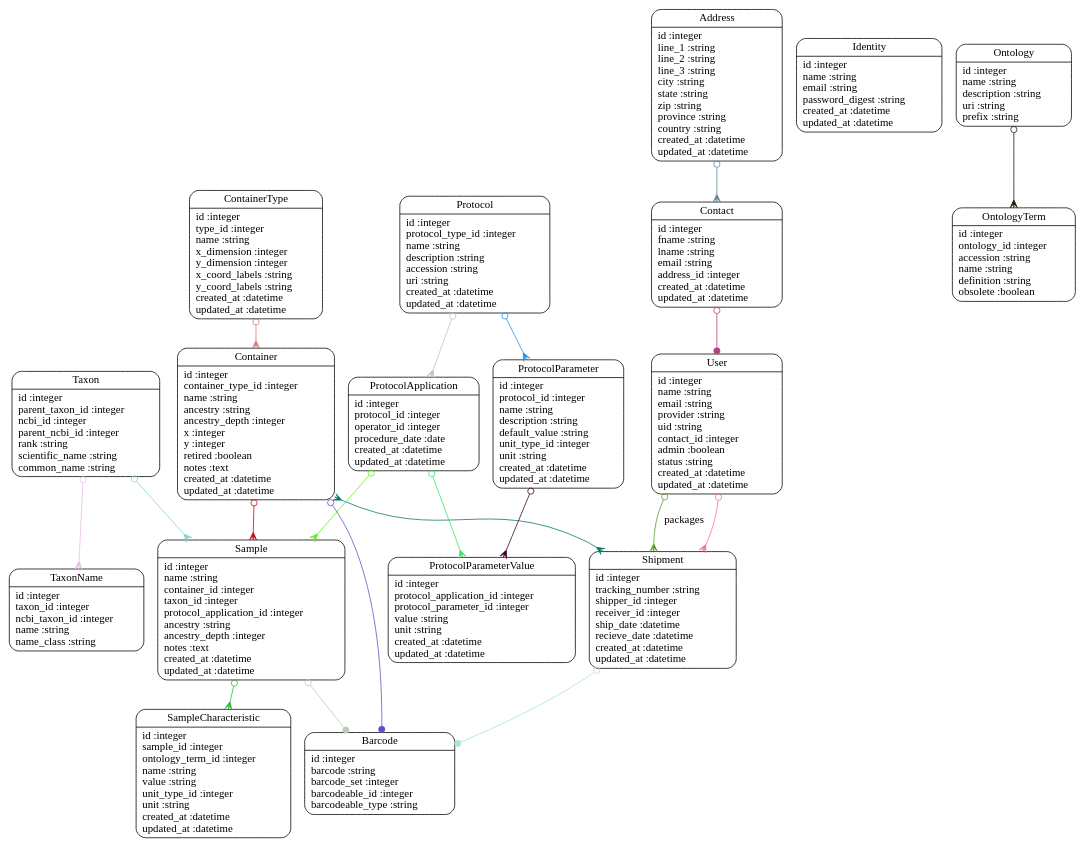
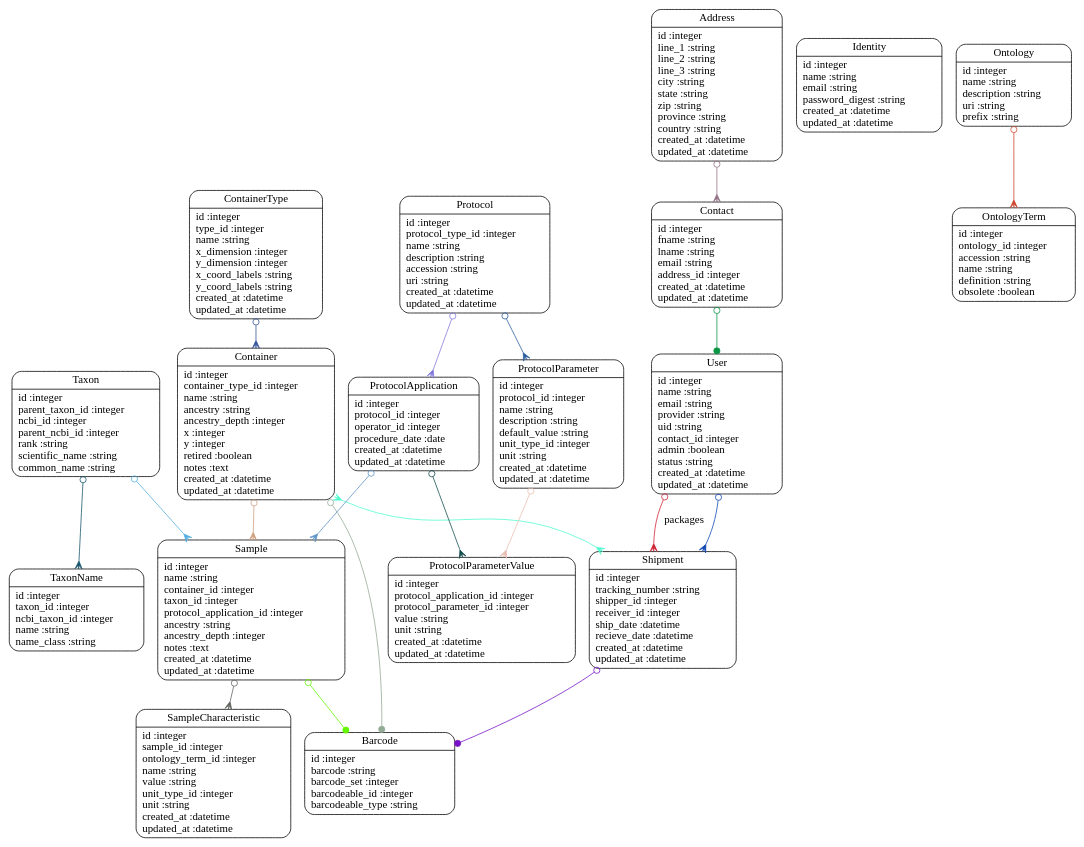
The diagram in models.dot (dimitras/collos), drawn with Graphviz before and after one commit. The commit also changed 4 other files, not shown here.

```diff
--- a/models.dot
+++ b/models.dot
@@ -1,40 +1,40 @@
 digraph models_diagram {
 	graph[overlap=false, splines=true]
 	"Address" [shape=Mrecord, label="{Address|id :integer\lline_1 :string\lline_2 :string\lline_3 :string\lcity :string\lstate :string\lzip :string\lprovince :string\lcountry :string\lcreated_at :datetime\lupdated_at :datetime\l}"]
 	"Barcode" [shape=Mrecord, label="{Barcode|id :integer\lbarcode :string\lbarcode_set :integer\lbarcodeable_id :integer\lbarcodeable_type :string\l}"]
 	"Contact" [shape=Mrecord, label="{Contact|id :integer\lfname :string\llname :string\lemail :string\laddress_id :integer\lcreated_at :datetime\lupdated_at :datetime\l}"]
 	"Container" [shape=Mrecord, label="{Container|id :integer\lcontainer_type_id :integer\lname :string\lancestry :string\lancestry_depth :integer\lx :integer\ly :integer\lretired :boolean\lnotes :text\lcreated_at :datetime\lupdated_at :datetime\l}"]
 	"ContainerType" [shape=Mrecord, label="{ContainerType|id :integer\ltype_id :integer\lname :string\lx_dimension :integer\ly_dimension :integer\lx_coord_labels :string\ly_coord_labels :string\lcreated_at :datetime\lupdated_at :datetime\l}"]
 	"Identity" [shape=Mrecord, label="{Identity|id :integer\lname :string\lemail :string\lpassword_digest :string\lcreated_at :datetime\lupdated_at :datetime\l}"]
 	"Ontology" [shape=Mrecord, label="{Ontology|id :integer\lname :string\ldescription :string\luri :string\lprefix :string\l}"]
 	"OntologyTerm" [shape=Mrecord, label="{OntologyTerm|id :integer\lontology_id :integer\laccession :string\lname :string\ldefinition :string\lobsolete :boolean\l}"]
 	"Protocol" [shape=Mrecord, label="{Protocol|id :integer\lprotocol_type_id :integer\lname :string\ldescription :string\laccession :string\luri :string\lcreated_at :datetime\lupdated_at :datetime\l}"]
 	"ProtocolApplication" [shape=Mrecord, label="{ProtocolApplication|id :integer\lprotocol_id :integer\loperator_id :integer\lprocedure_date :date\lcreated_at :datetime\lupdated_at :datetime\l}"]
 	"ProtocolParameter" [shape=Mrecord, label="{ProtocolParameter|id :integer\lprotocol_id :integer\lname :string\ldescription :string\ldefault_value :string\lunit_type_id :integer\lunit :string\lcreated_at :datetime\lupdated_at :datetime\l}"]
 	"ProtocolParameterValue" [shape=Mrecord, label="{ProtocolParameterValue|id :integer\lprotocol_application_id :integer\lprotocol_parameter_id :integer\lvalue :string\lunit :string\lcreated_at :datetime\lupdated_at :datetime\l}"]
 	"Sample" [shape=Mrecord, label="{Sample|id :integer\lname :string\lcontainer_id :integer\ltaxon_id :integer\lprotocol_application_id :integer\lancestry :string\lancestry_depth :integer\lnotes :text\lcreated_at :datetime\lupdated_at :datetime\l}"]
 	"SampleCharacteristic" [shape=Mrecord, label="{SampleCharacteristic|id :integer\lsample_id :integer\lontology_term_id :integer\lname :string\lvalue :string\lunit_type_id :integer\lunit :string\lcreated_at :datetime\lupdated_at :datetime\l}"]
 	"Shipment" [shape=Mrecord, label="{Shipment|id :integer\ltracking_number :string\lshipper_id :integer\lreceiver_id :integer\lship_date :datetime\lrecieve_date :datetime\lcreated_at :datetime\lupdated_at :datetime\l}"]
 	"Taxon" [shape=Mrecord, label="{Taxon|id :integer\lparent_taxon_id :integer\lncbi_id :integer\lparent_ncbi_id :integer\lrank :string\lscientific_name :string\lcommon_name :string\l}"]
 	"TaxonName" [shape=Mrecord, label="{TaxonName|id :integer\ltaxon_id :integer\lncbi_taxon_id :integer\lname :string\lname_class :string\l}"]
 	"User" [shape=Mrecord, label="{User|id :integer\lname :string\lemail :string\lprovider :string\luid :string\lcontact_id :integer\ladmin :boolean\lstatus :string\lcreated_at :datetime\lupdated_at :datetime\l}"]
-	"Address" -> "Contact" [arrowtail=odot, arrowhead=crow, dir=both color="#668498"]
-	"Contact" -> "User" [arrowtail=odot, arrowhead=dot, dir=both color="#B83E7F"]
-	"Container" -> "Sample" [arrowtail=odot, arrowhead=crow, dir=both color="#C60910"]
-	"Container" -> "Barcode" [arrowtail=odot, arrowhead=dot, dir=both color="#644DC2"]
-	"Container" -> "Shipment" [arrowtail=crow, arrowhead=crow, dir=both color="#047A64"]
-	"ContainerType" -> "Container" [arrowtail=odot, arrowhead=crow, dir=both color="#D77A7E"]
-	"Ontology" -> "OntologyTerm" [arrowtail=odot, arrowhead=crow, dir=both color="#1B1A03"]
-	"Protocol" -> "ProtocolApplication" [arrowtail=odot, arrowhead=crow, dir=both color="#B5C5D4"]
-	"Protocol" -> "ProtocolParameter" [arrowtail=odot, arrowhead=crow, dir=both color="#2692E2"]
-	"ProtocolApplication" -> "Sample" [arrowtail=odot, arrowhead=crow, dir=both color="#53F60E"]
-	"ProtocolApplication" -> "ProtocolParameterValue" [arrowtail=odot, arrowhead=crow, dir=both color="#3BE069"]
-	"ProtocolParameter" -> "ProtocolParameterValue" [arrowtail=odot, arrowhead=crow, dir=both color="#3C0231"]
-	"Sample" -> "Barcode" [arrowtail=odot, arrowhead=dot, dir=both color="#B2D2AC"]
-	"Sample" -> "SampleCharacteristic" [arrowtail=odot, arrowhead=crow, dir=both color="#2BB63A"]
-	"Shipment" -> "Barcode" [arrowtail=odot, arrowhead=dot, dir=both color="#AAE6CA"]
-	"Taxon" -> "Sample" [arrowtail=odot, arrowhead=crow, dir=both color="#87D1CC"]
-	"Taxon" -> "TaxonName" [arrowtail=odot, arrowhead=crow, dir=both color="#EBBBE9"]
-	"User" -> "Shipment" [arrowtail=odot, arrowhead=crow, dir=both color="#F87488"]
-	"User" -> "Shipment" [label="packages", arrowtail=odot, arrowhead=crow, dir=both color="#5E9A2D"]
+	"Address" -> "Contact" [arrowtail=odot, arrowhead=crow, dir=both color="#927284"]
+	"Contact" -> "User" [arrowtail=odot, arrowhead=dot, dir=both color="#0B9546"]
+	"Container" -> "Sample" [arrowtail=odot, arrowhead=crow, dir=both color="#CFA17F"]
+	"Container" -> "Barcode" [arrowtail=odot, arrowhead=dot, dir=both color="#93AA95"]
+	"Container" -> "Shipment" [arrowtail=crow, arrowhead=crow, dir=both color="#50FBCF"]
+	"ContainerType" -> "Container" [arrowtail=odot, arrowhead=crow, dir=both color="#34529C"]
+	"Ontology" -> "OntologyTerm" [arrowtail=odot, arrowhead=crow, dir=both color="#D04530"]
+	"Protocol" -> "ProtocolApplication" [arrowtail=odot, arrowhead=crow, dir=both color="#8279DC"]
+	"Protocol" -> "ProtocolParameter" [arrowtail=odot, arrowhead=crow, dir=both color="#2C5D9F"]
+	"ProtocolApplication" -> "Sample" [arrowtail=odot, arrowhead=crow, dir=both color="#5D93C7"]
+	"ProtocolApplication" -> "ProtocolParameterValue" [arrowtail=odot, arrowhead=crow, dir=both color="#134D4E"]
+	"ProtocolParameter" -> "ProtocolParameterValue" [arrowtail=odot, arrowhead=crow, dir=both color="#E8BEB2"]
+	"Sample" -> "Barcode" [arrowtail=odot, arrowhead=dot, dir=both color="#65F602"]
+	"Sample" -> "SampleCharacteristic" [arrowtail=odot, arrowhead=crow, dir=both color="#60635E"]
+	"Shipment" -> "Barcode" [arrowtail=odot, arrowhead=dot, dir=both color="#7713C7"]
+	"Taxon" -> "Sample" [arrowtail=odot, arrowhead=crow, dir=both color="#53ADE2"]
+	"Taxon" -> "TaxonName" [arrowtail=odot, arrowhead=crow, dir=both color="#17546B"]
+	"User" -> "Shipment" [arrowtail=odot, arrowhead=crow, dir=both color="#0D46B5"]
+	"User" -> "Shipment" [label="packages", arrowtail=odot, arrowhead=crow, dir=both color="#CE2334"]
 }
```
